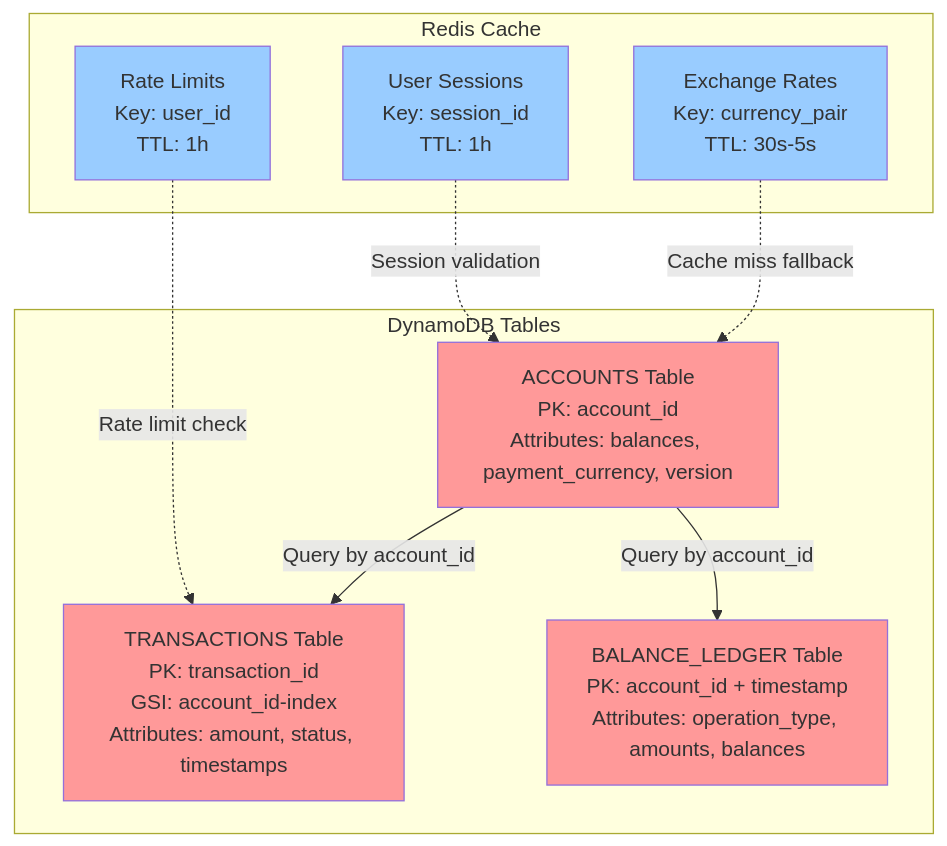
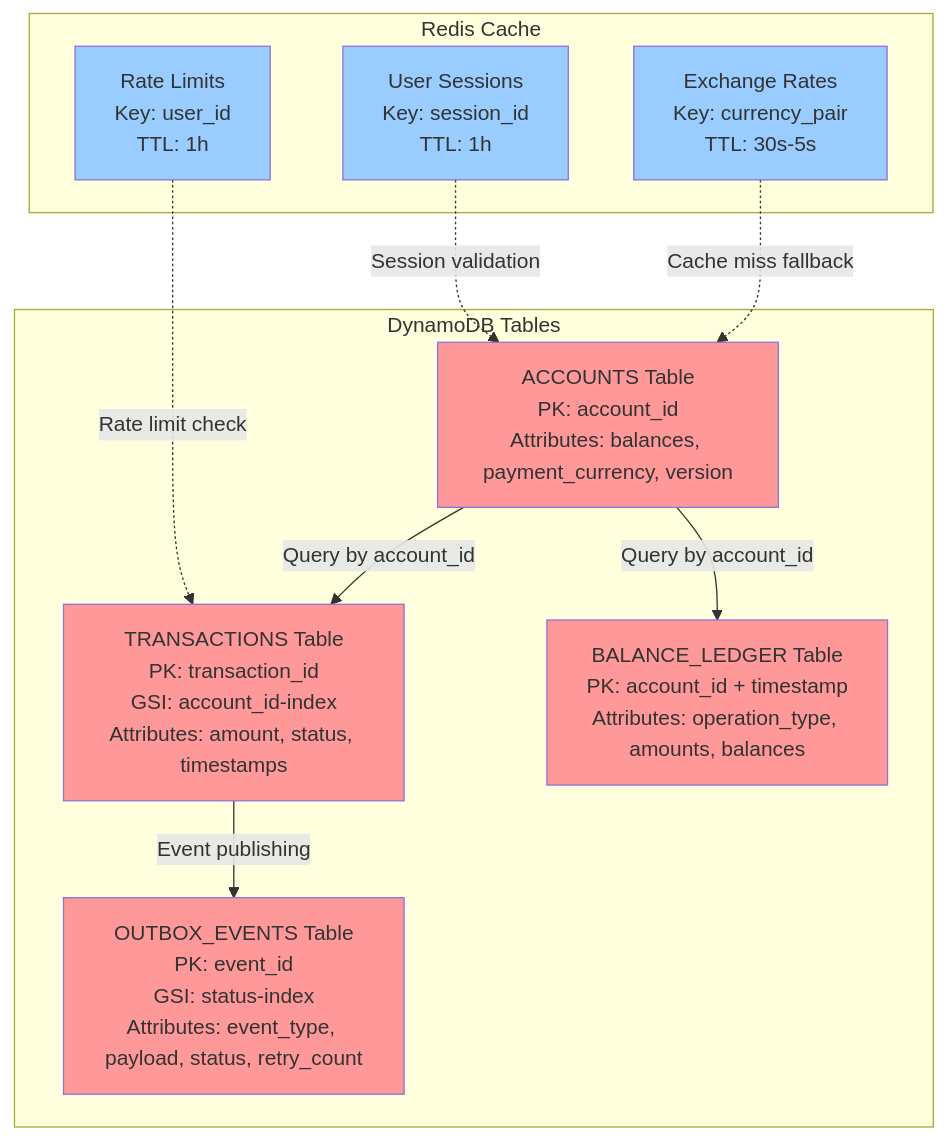
One commit to pablitopm/lemon-challenge changed the third of 4 diagrams in DIAGRAMS.md. Above: the diagram before and after it, drawn with Mermaid. The commit also changed other lines of this file and 2 other files, not shown here.

````diff
--- a/DIAGRAMS.md
+++ b/DIAGRAMS.md
@@ -75,28 +137,31 @@
 ```mermaid
 graph TB
     subgraph "DynamoDB Tables"
         A[ACCOUNTS Table<br/>PK: account_id<br/>Attributes: balances, payment_currency, version]
         T[TRANSACTIONS Table<br/>PK: transaction_id<br/>GSI: account_id-index<br/>Attributes: amount, status, timestamps]
         B[BALANCE_LEDGER Table<br/>PK: account_id + timestamp<br/>Attributes: operation_type, amounts, balances]
+        O[OUTBOX_EVENTS Table<br/>PK: event_id<br/>GSI: status-index<br/>Attributes: event_type, payload, status, retry_count]
     end
     
     subgraph "Redis Cache"
         R1[Exchange Rates<br/>Key: currency_pair<br/>TTL: 30s-5s]
         R2[User Sessions<br/>Key: session_id<br/>TTL: 1h]
         R3[Rate Limits<br/>Key: user_id<br/>TTL: 1h]
     end
     
     A --> |"Query by account_id"| T
     A --> |"Query by account_id"| B
+    T --> |"Event publishing"| O
     
     R1 -.-> |"Cache miss fallback"| A
     R2 -.-> |"Session validation"| A
     R3 -.-> |"Rate limit check"| T
     
     style A fill:#ff9999
     style T fill:#ff9999
     style B fill:#ff9999
+    style O fill:#ff9999
     style R1 fill:#99ccff
     style R2 fill:#99ccff
     style R3 fill:#99ccff
 ```
````
